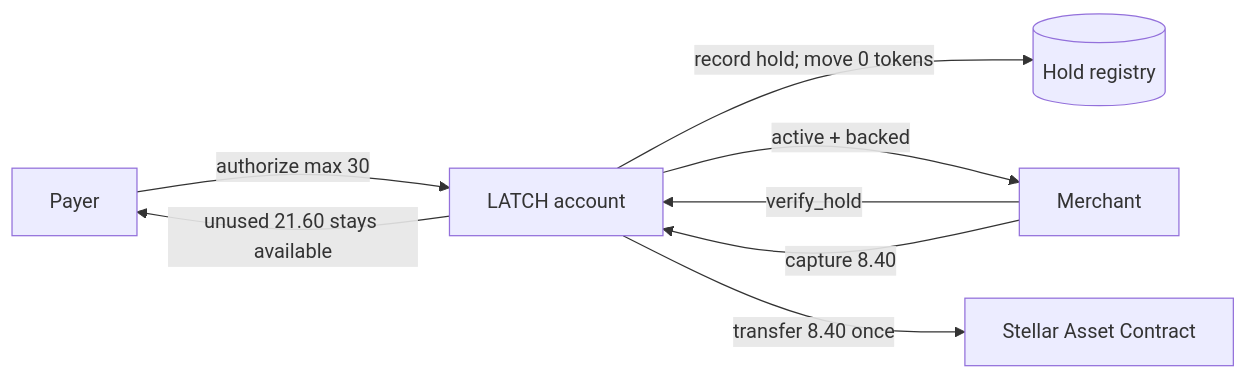
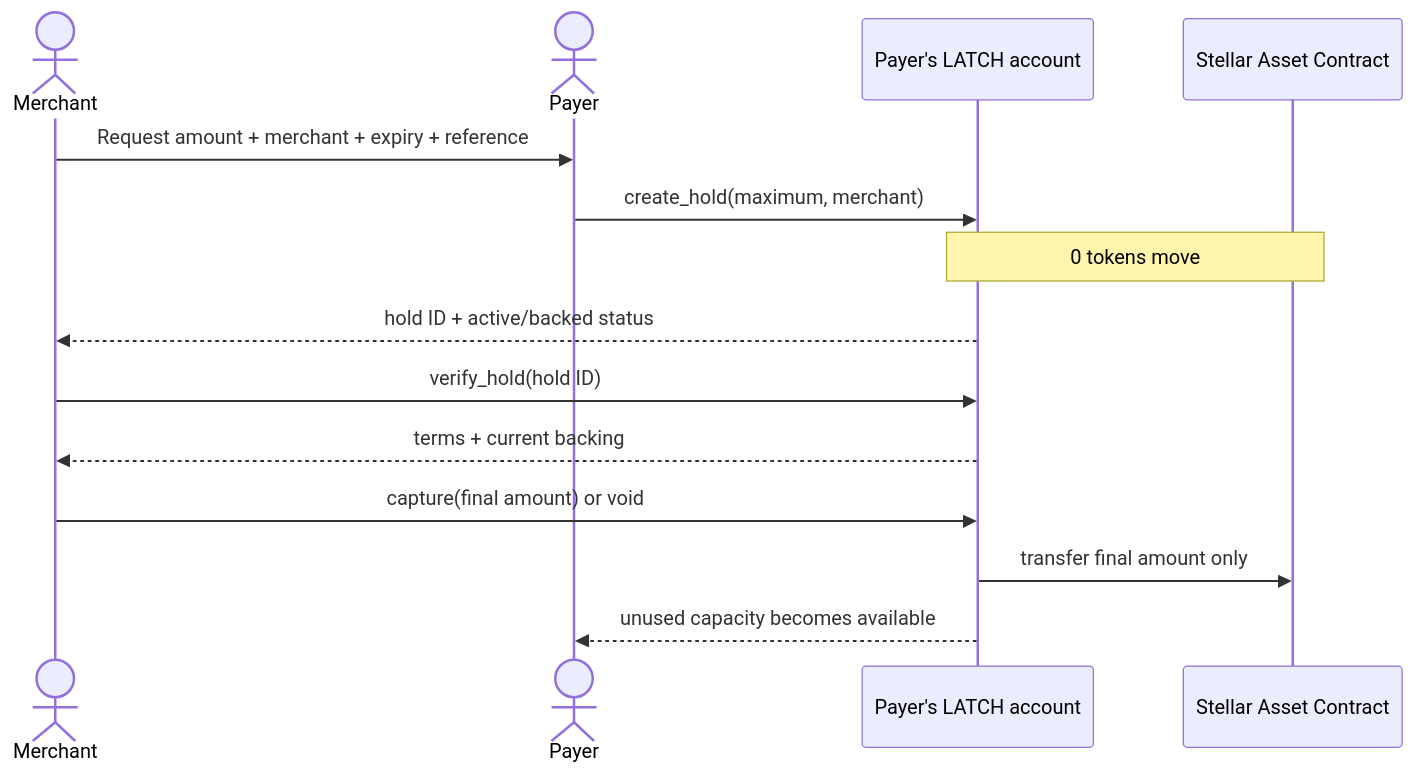
One commit to karagozemin/LATCH changed the diagram in README.md. Above: the diagram before and after it, drawn with Mermaid. The commit also changed other lines of this file and 3 other files, not shown here.

````diff
--- a/README.md
+++ b/README.md
@@ -30,10 +54,17 @@
 ```mermaid
-flowchart LR
-    P[Payer] -->|authorize max 30| L[LATCH account]
-    L -->|record hold; move 0 tokens| H[(Hold registry)]
-    M[Merchant] -->|verify_hold| L
-    L -->|active + backed| M
-    M -->|capture 8.40| L
-    L -->|transfer 8.40 once| S[Stellar Asset Contract]
-    L -->|unused 21.60 stays available| P
+sequenceDiagram
+    actor M as Merchant
+    actor P as Payer
+    participant L as Payer's LATCH account
+    participant T as Stellar Asset Contract
+
+    M->>P: Request amount + merchant + expiry + reference
+    P->>L: create_hold(maximum, merchant)
+    Note over L,T: 0 tokens move
+    L-->>M: hold ID + active/backed status
+    M->>L: verify_hold(hold ID)
+    L-->>M: terms + current backing
+    M->>L: capture(final amount) or void
+    L->>T: transfer final amount only
+    L-->>P: unused capacity becomes available
 ```
````
